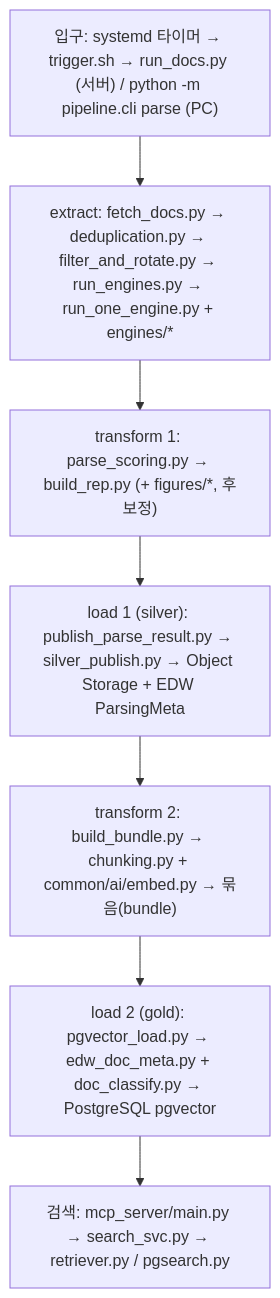
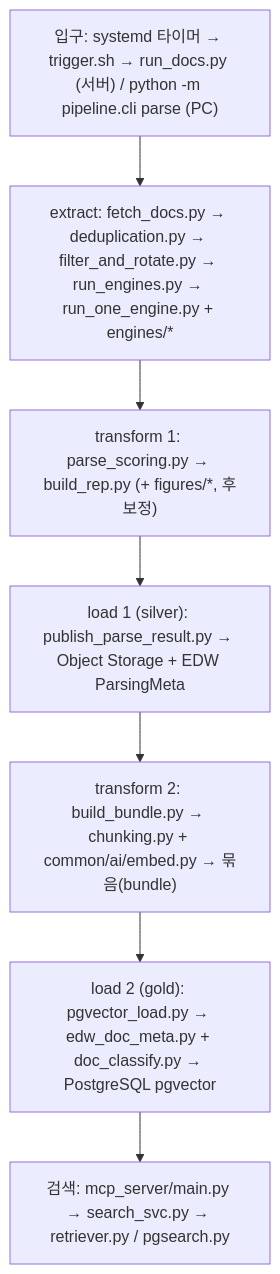
One commit to gigasamba/sbl_data_parsing changed the first of 11 diagrams in docs/architecture/parse_flow.md. Above: the diagram before and after it, drawn with Mermaid. The commit also changed other lines of this file and 11 other files, not shown here.

First line of the commit message:
refactor(pipeline): fold load/silver_publish.py into publish_parse_result.py (rn-06 B7)

````diff
--- a/docs/architecture/parse_flow.md
+++ b/docs/architecture/parse_flow.md
@@ -13,11 +13,11 @@
 ```mermaid
 flowchart TD
     A["입구: systemd 타이머 → trigger.sh → run_docs.py (서버) / python -m pipeline.cli parse (PC)"]
     B["extract: fetch_docs.py → deduplication.py → filter_and_rotate.py → run_engines.py → run_one_engine.py + engines/*"]
     C["transform 1: parse_scoring.py → build_rep.py (+ figures/*, 후보정)"]
-    P["load 1 (silver): publish_parse_result.py → silver_publish.py → Object Storage + EDW ParsingMeta"]
+    P["load 1 (silver): publish_parse_result.py → Object Storage + EDW ParsingMeta"]
     D["transform 2: build_bundle.py → chunking.py + common/ai/embed.py → 묶음(bundle)"]
     E["load 2 (gold): pgvector_load.py → edw_doc_meta.py + doc_classify.py → PostgreSQL pgvector"]
     F["검색: mcp_server/main.py → search_svc.py → retriever.py / pgsearch.py"]
     A --> B --> C --> P --> D --> E --> F
 ```
````
